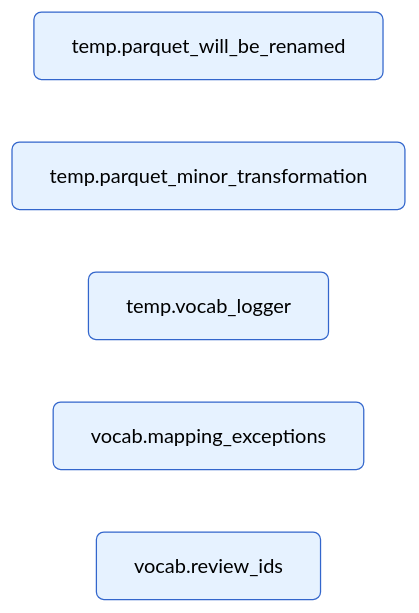
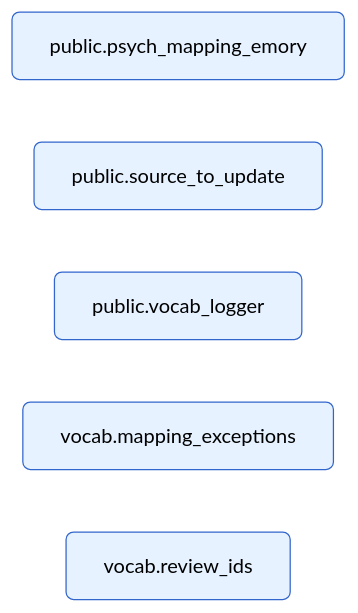
Before and after one commit to Emory-OMOP/CVB: the third of 6 diagrams in PSYCHIATRY/Builder/sql/readme.md, drawn with Mermaid (base theme). The commit also changed other lines of this file, not shown here.

Commit message:
Updated flowchart table references to match actual pipeline implementation

````diff
--- a/PSYCHIATRY/Builder/sql/readme.md
+++ b/PSYCHIATRY/Builder/sql/readme.md
@@ -95,15 +95,15 @@
 ```mermaid
 %% Column-level lineage: source-ddl.sql (Step 2)
 %% Pure DDL – creates tables. No column-level lineage from Step 1.
 
 flowchart LR
-  T_PM[temp.parquet_will_be_renamed]:::table
-  T_STU[temp.parquet_minor_transformation]:::table
-  T_VL[temp.vocab_logger]:::table
+  T_PM[public.psych_mapping_emory]:::table
+  T_STU[public.source_to_update]:::table
+  T_VL[public.vocab_logger]:::table
   T_ME[vocab.mapping_exceptions]:::table
   T_RI[vocab.review_ids]:::table
 
   classDef table fill:#e6f2ff,stroke:#3366cc,stroke-width:1px,color:#000,rx:6,ry:6;
   classDef const fill:#fff2cc,stroke:#cc9900,stroke-width:1px,color:#000,rx:4,ry:4;
   classDef file fill:#e6ffe6,stroke:#339933,stroke-width:1px,color:#000,rx:4,ry:4;
 ```
````
